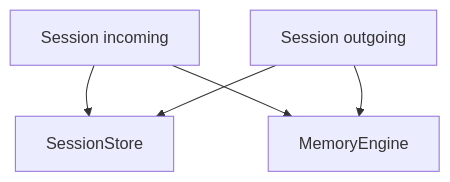
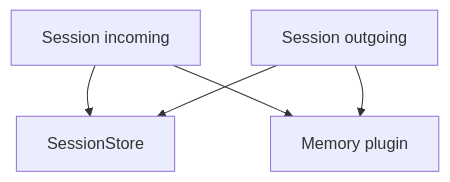
Before and after one commit to slopus/gram: the second of 2 diagrams in docs/sessions.md, drawn with Mermaid. The commit also changed other lines of this file and 9 other files, not shown here.

````diff
--- a/docs/sessions.md
+++ b/docs/sessions.md
@@ -30,7 +30,7 @@
 ```mermaid
 flowchart TD
   Incoming[Session incoming] --> Store[SessionStore]
-  Incoming --> Memory[MemoryEngine]
+  Incoming --> Memory[Memory plugin]
   Outgoing[Session outgoing] --> Store
   Outgoing --> Memory
 ```
````
